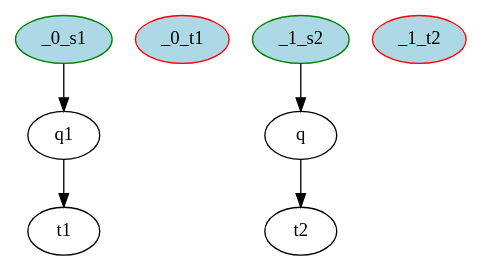
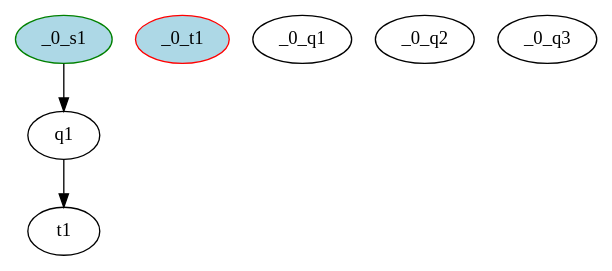
One commit to Demalios/CoCa changed the diagram in assignment/sol/result-l2.dot. Above: the diagram before and after it, drawn with Graphviz. The commit also changed 3 other files, not shown here.

```diff
--- a/assignment/sol/result-l2.dot
+++ b/assignment/sol/result-l2.dot
@@ -1,8 +1,8 @@
 digraph result{
 _0_s1 [initial=1,color=green][style=filled,fillcolor=lightblue];
 _0_t1 [final=1,color=red][style=filled,fillcolor=lightblue];
+_0_q1 ;
+_0_q2 ;
+_0_q3 ;
 _0_s1 -> q1 -> t1;
-_1_s2 [initial=1,color=green][style=filled,fillcolor=lightblue];
-_1_t2 [final=1,color=red][style=filled,fillcolor=lightblue];
-_1_s2 -> q -> t2;
 }
```
